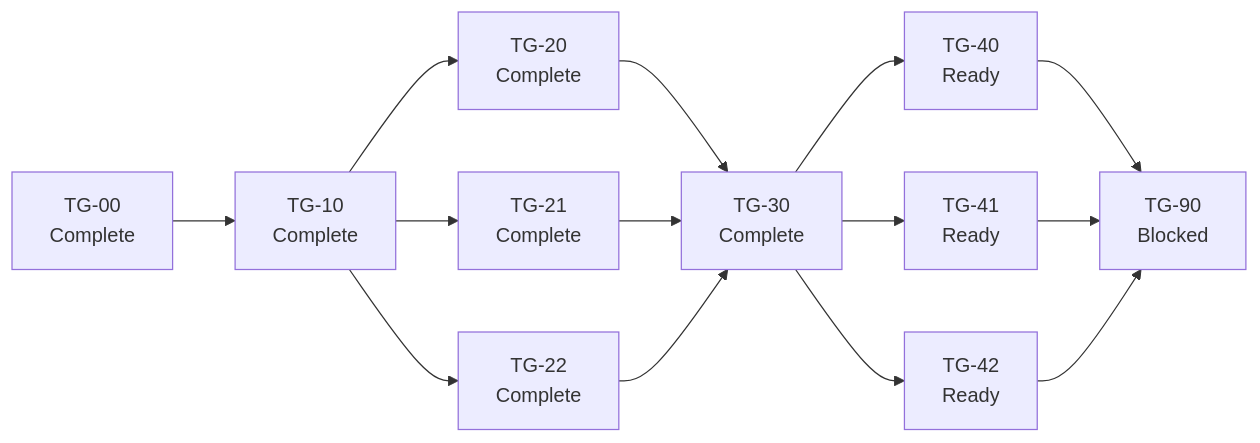
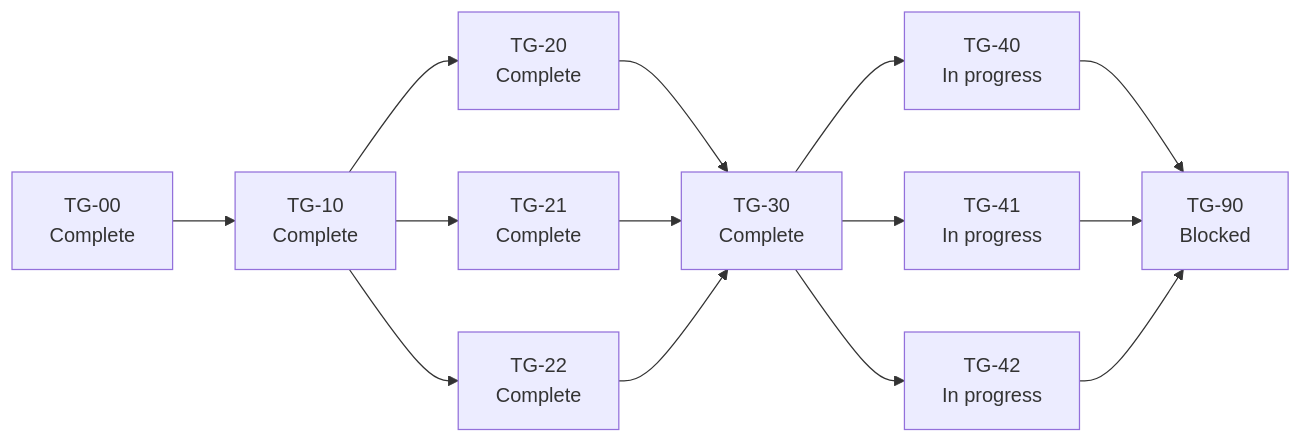
One commit to vatsalsaglani/rafu changed the diagram in docs/plans/phases/terminal-groups/manifest.md. Above: the diagram before and after it, drawn with Mermaid. The commit also changed other lines of this file, not shown here.

````diff
--- a/docs/plans/phases/terminal-groups/manifest.md
+++ b/docs/plans/phases/terminal-groups/manifest.md
@@ -9,27 +9,27 @@
 ```mermaid
 flowchart LR
     D["TG-00<br/>Complete"]
     C["TG-10<br/>Complete"]
     R["TG-20<br/>Complete"]
     V["TG-21<br/>Complete"]
     S["TG-22<br/>Complete"]
     W["TG-30<br/>Complete"]
-    M["TG-40<br/>Ready"]
-    K["TG-41<br/>Ready"]
-    A["TG-42<br/>Ready"]
+    M["TG-40<br/>In progress"]
+    K["TG-41<br/>In progress"]
+    A["TG-42<br/>In progress"]
     Q["TG-90<br/>Blocked"]
 
     D --> C
     C --> R
     C --> V
     C --> S
     R --> W
     V --> W
     S --> W
     W --> M
     W --> K
     W --> A
     M --> Q
     K --> Q
     A --> Q
 ```
````
